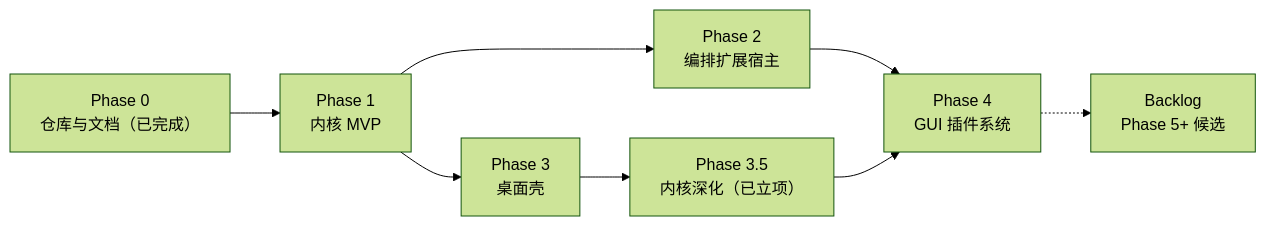
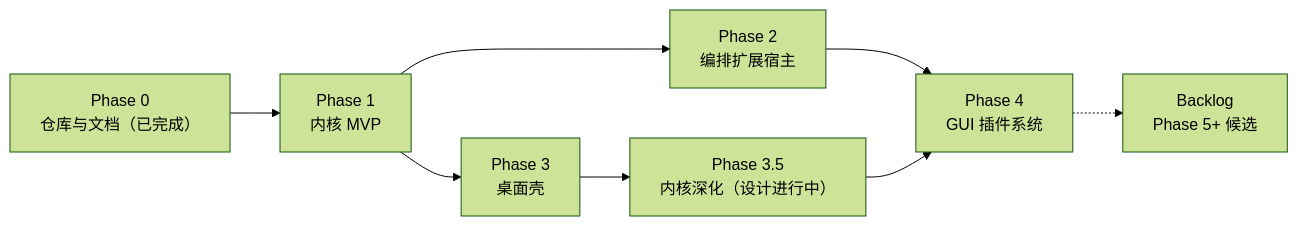
One commit to qingbird1983/timo-pi changed the diagram in docs/roadmap/00-roadmap.md. Above: the diagram before and after it, drawn with Mermaid (forest theme). The commit also changed other lines of this file and 4 other files, not shown here.

````diff
--- a/docs/roadmap/00-roadmap.md
+++ b/docs/roadmap/00-roadmap.md
@@ -11,10 +11,10 @@
 ```mermaid
 graph LR
     P0["Phase 0<br/>仓库与文档（已完成）"] --> P1["Phase 1<br/>内核 MVP"]
     P1 --> P2["Phase 2<br/>编排扩展宿主"]
     P1 --> P3["Phase 3<br/>桌面壳"]
     P2 --> P4["Phase 4<br/>GUI 插件系统"]
-    P3 --> P35["Phase 3.5<br/>内核深化（已立项）"]
+    P3 --> P35["Phase 3.5<br/>内核深化（设计进行中）"]
     P35 --> P4
     P4 -.-> B["Backlog<br/>Phase 5+ 候选"]
 ```
````
